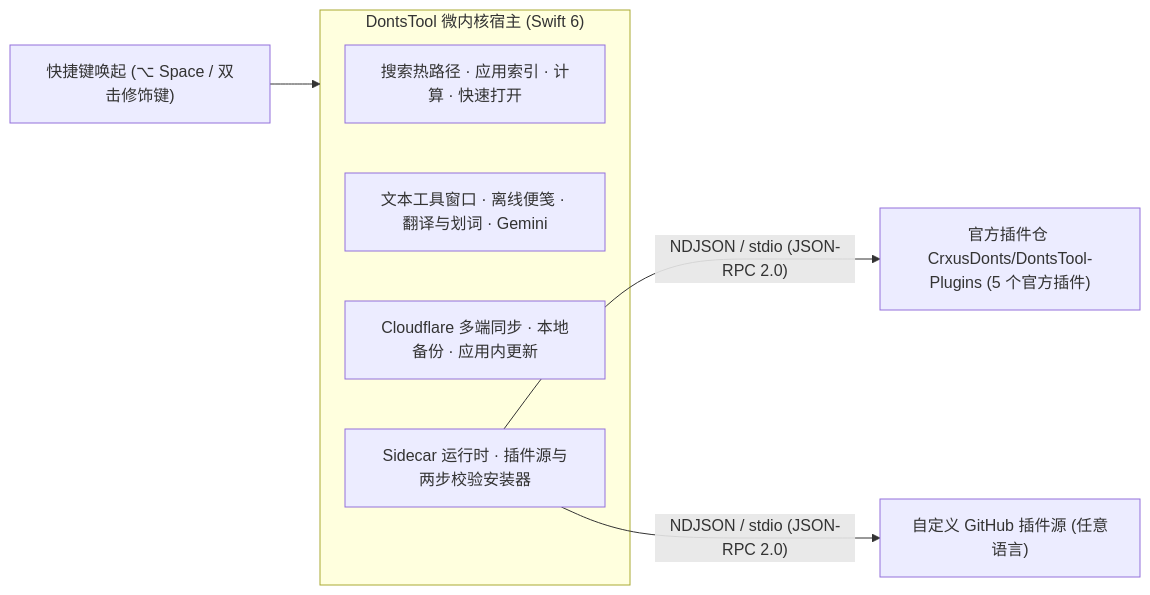
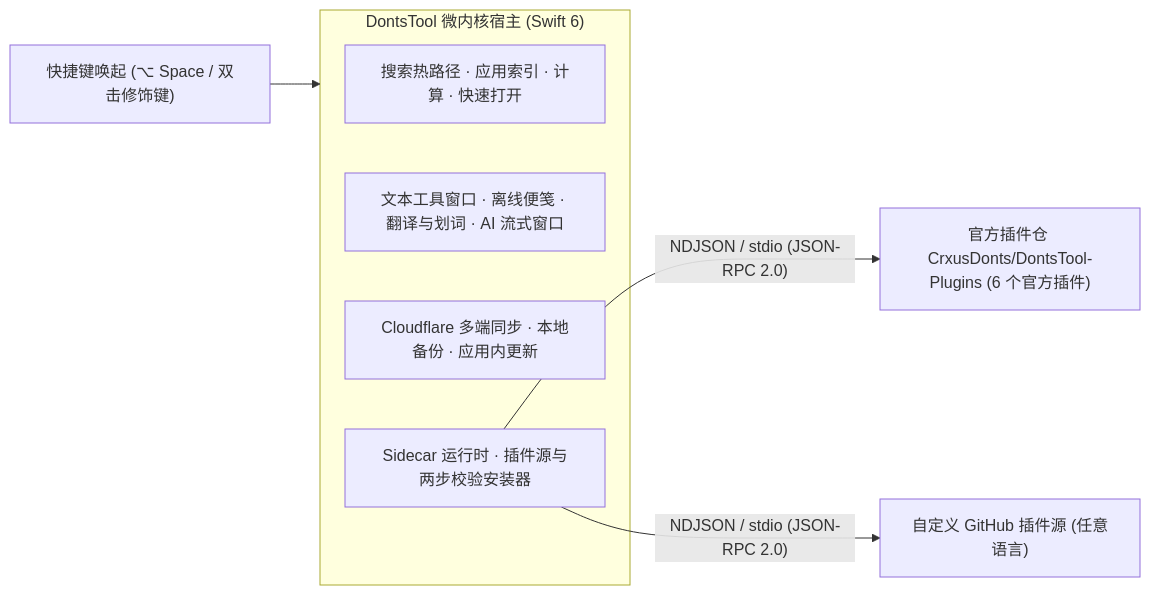
Before and after one commit to CrxusDonts/DontsTool: the diagram in README.md, drawn with Mermaid. The commit also changed other lines of this file and 46 other files, not shown here.

````diff
--- a/README.md
+++ b/README.md
@@ -56,14 +59,14 @@
 ```mermaid
 flowchart LR
     Trigger["快捷键唤起 (⌥ Space / 双击修饰键)"] --> Host
 
     subgraph Host["DontsTool 微内核宿主 (Swift 6)"]
         Core["搜索热路径 · 应用索引 · 计算 · 快速打开"]
-        Workspace["文本工具窗口 · 离线便笺 · 翻译与划词 · Gemini"]
+        Workspace["文本工具窗口 · 离线便笺 · 翻译与划词 · AI 流式窗口"]
         Sync["Cloudflare 多端同步 · 本地备份 · 应用内更新"]
         Runtime["Sidecar 运行时 · 插件源与两步校验安装器"]
     end
 
-    Runtime -->|"NDJSON / stdio (JSON-RPC 2.0)"| Official["官方插件仓 CrxusDonts/DontsTool-Plugins (5 个官方插件)"]
+    Runtime -->|"NDJSON / stdio (JSON-RPC 2.0)"| Official["官方插件仓 CrxusDonts/DontsTool-Plugins (6 个官方插件)"]
     Runtime -->|"NDJSON / stdio (JSON-RPC 2.0)"| Custom["自定义 GitHub 插件源 (任意语言)"]
 ```
````
